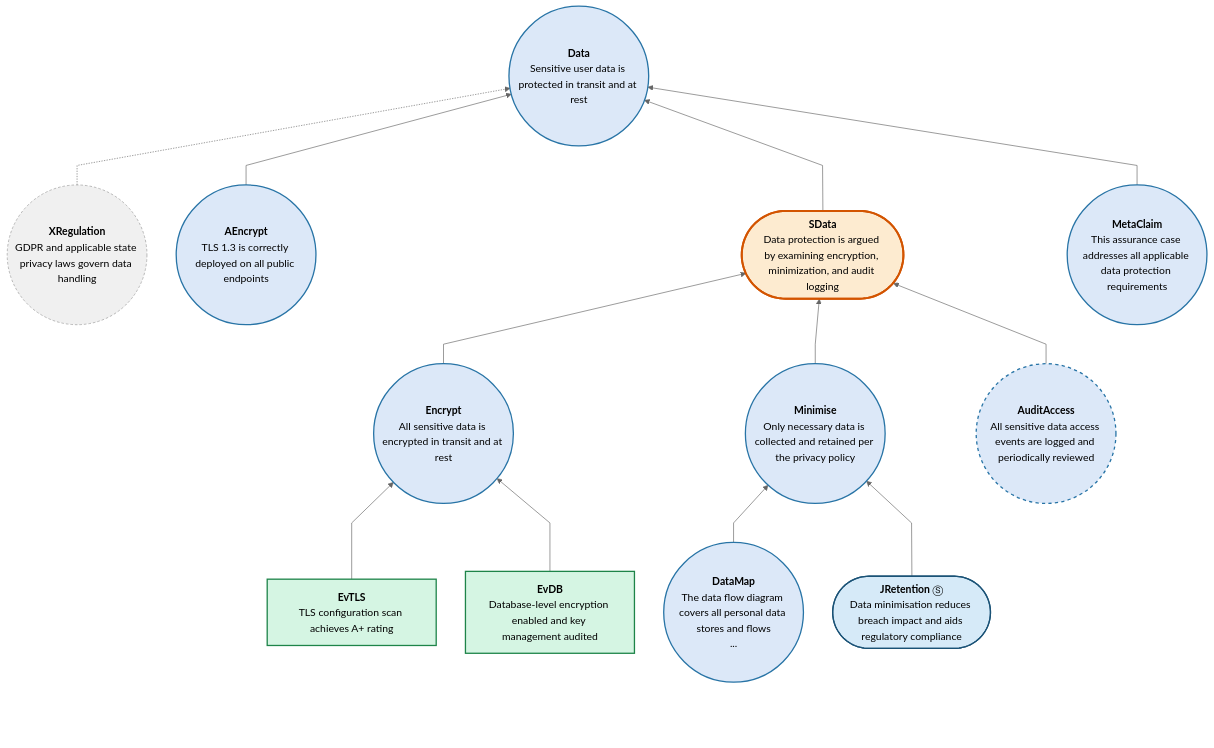
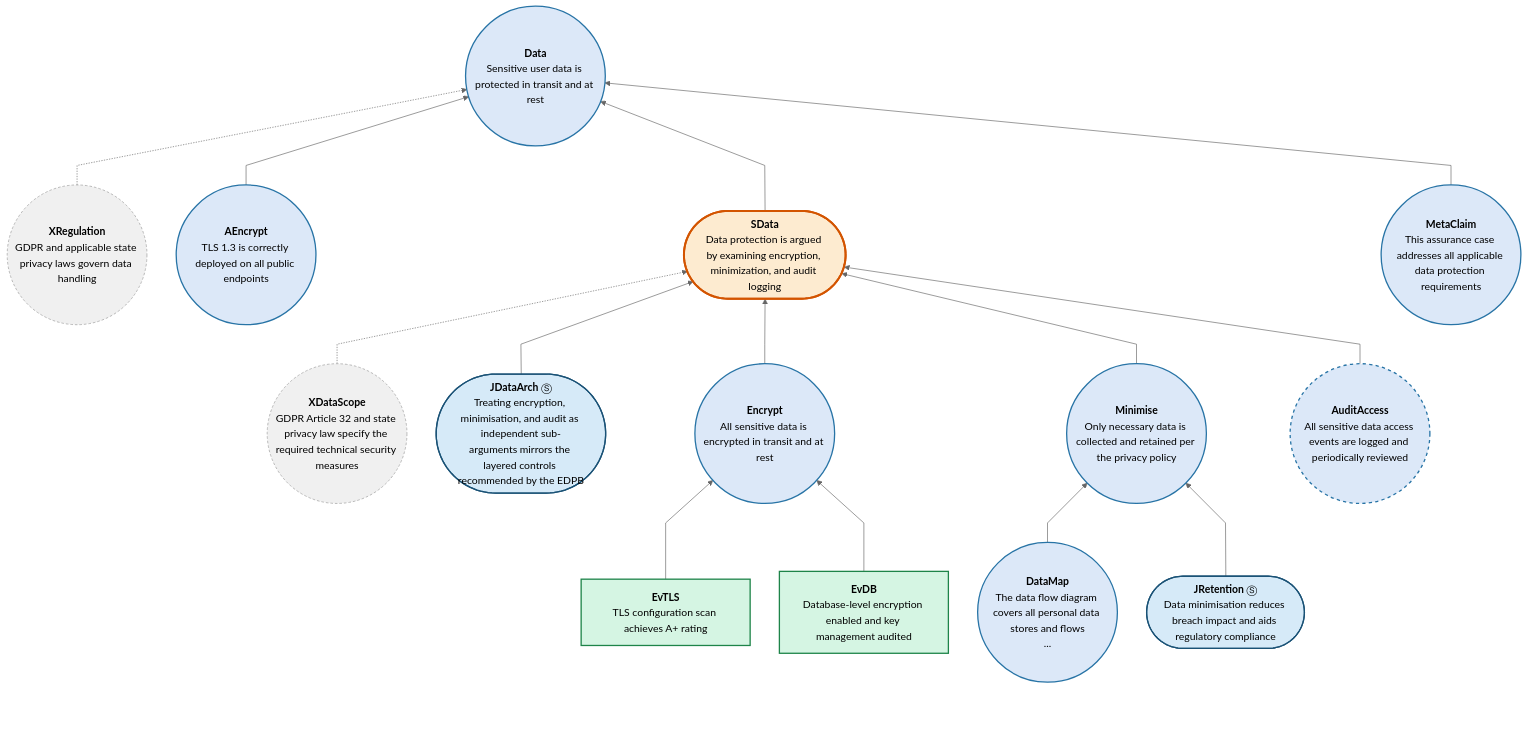
Diagram 11 of 12 in tests/fixtures/demo-output.expected.md (david-a-wheeler/caseproc), drawn with Mermaid before and after one commit. The commit also changed other lines of this file and 3 other files, not shown here.

First line of the commit message:
Add GSN side-by-side rendering for Strategy Context/Justification children

````diff
--- a/tests/fixtures/demo-output.expected.md
+++ b/tests/fixtures/demo-output.expected.md
@@ -541,68 +702,76 @@
 ```mermaid
 ---
 config:
   theme: neutral
   flowchart:
     curve: linear
     htmlLabels: true
     rankSpacing: 60
     nodeSpacing: 45
     padding: 15
 ---
 flowchart BT
     classDef invisible        opacity:0
     classDef connector        fill:none,stroke:#cccccc,stroke-width:1px
     classDef caeClaimClass    fill:#dce8f8,stroke:#2874a6,stroke-width:2px,color:#000
     classDef caeArgClass      fill:#fdebd0,stroke:#d35400,stroke-width:3px,color:#000
     classDef caeEvidClass     fill:#d5f5e3,stroke:#1e8449,stroke-width:2px,color:#000
     classDef caeInfoClass     fill:#f0f0f0,stroke:#999999,stroke-width:1px,stroke-dasharray:4 3,color:#000
     classDef caeAssumedClass  fill:#e8daef,stroke:#76448a,stroke-width:2px,stroke-dasharray:4 3,color:#000
     classDef caeSideClass     fill:#d6eaf8,stroke:#1a5276,stroke-width:2px,color:#000
     classDef caeDefeaterClass fill:#fadbd8,stroke:#c0392b,stroke-width:4px,color:#000
     classDef abstractClaim    stroke-width:2px,stroke-dasharray:5 5
     Data(("<b>Data</b><br>Sensitive user data is protected in transit and at rest")):::caeClaimClass
     XRegulation(("<b>XRegulation</b><br>GDPR and applicable state privacy laws govern data handling")):::caeInfoClass
     AEncrypt(("<b>AEncrypt</b><br>TLS 1.3 is correctly deployed on all public endpoints")):::caeClaimClass
     SData(["<b>SData</b><br>Data protection is argued by examining encryption, minimization, and audit logging"]):::caeArgClass
     MetaClaim(("<b>MetaClaim</b><br>This assurance case addresses all applicable data protection requirements")):::caeClaimClass
+    XDataScope(("<b>XDataScope</b><br>GDPR Article 32 and state privacy law specify the required technical security measures")):::caeInfoClass
+    JDataArch(["<b>JDataArch</b>&nbsp;Ⓢ<br>Treating encryption, minimisation, and audit as independent sub-arguments mirrors the layered controls recommended by the EDPB"]):::caeSideClass
     Encrypt(("<b>Encrypt</b><br>All sensitive data is encrypted in transit and at rest")):::caeClaimClass
     Minimise(("<b>Minimise</b><br>Only necessary data is collected and retained per the privacy policy")):::caeClaimClass
     AuditAccess(("<b>AuditAccess</b><br>All sensitive data access events are logged and periodically reviewed")):::caeClaimClass
     EvTLS["<b>EvTLS</b><br>TLS configuration scan achieves A+ rating"]:::caeEvidClass
     EvDB["<b>EvDB</b><br>Database-level encryption enabled and key management audited"]:::caeEvidClass
     DataMap(("<b>DataMap</b><br>The data flow diagram covers all personal data stores and flows<br>...")):::caeClaimClass
     JRetention(["<b>JRetention</b>&nbsp;Ⓢ<br>Data minimisation reduces breach impact and aids regulatory compliance"]):::caeSideClass
     class AuditAccess abstractClaim
     click Data "https://github.com/david-a-wheeler/verocase/blob/main/tests/fixtures/demo-output.expected.md#claim-data"
     click XRegulation "https://github.com/david-a-wheeler/verocase/blob/main/tests/fixtures/demo-output.expected.md#context-xregulation"
     click AEncrypt "https://github.com/david-a-wheeler/verocase/blob/main/tests/fixtures/demo-output.expected.md#claim-aencrypt"
     click SData "https://github.com/david-a-wheeler/verocase/blob/main/tests/fixtures/demo-output.expected.md#strategy-sdata"
     click MetaClaim "https://github.com/david-a-wheeler/verocase/blob/main/tests/fixtures/demo-output.expected.md#claim-metaclaim"
+    click XDataScope "https://github.com/david-a-wheeler/verocase/blob/main/tests/fixtures/demo-output.expected.md#context-xdatascope"
+    click JDataArch "https://github.com/david-a-wheeler/verocase/blob/main/tests/fixtures/demo-output.expected.md#justification-jdataarch"
     click Encrypt "https://github.com/david-a-wheeler/verocase/blob/main/tests/fixtures/demo-output.expected.md#claim-encrypt"
     click Minimise "https://github.com/david-a-wheeler/verocase/blob/main/tests/fixtures/demo-output.expected.md#claim-minimise"
     click AuditAccess "https://github.com/david-a-wheeler/verocase/blob/main/tests/fixtures/demo-output.expected.md#claim-auditaccess"
     click EvTLS "https://github.com/david-a-wheeler/verocase/blob/main/tests/fixtures/demo-output.expected.md#evidence-evtls"
     click EvDB "https://github.com/david-a-wheeler/verocase/blob/main/tests/fixtures/demo-output.expected.md#evidence-evdb"
     click DataMap "https://github.com/david-a-wheeler/verocase/blob/main/tests/fixtures/demo-output.expected.md#claim-datamap"
     click JRetention "https://github.com/david-a-wheeler/verocase/blob/main/tests/fixtures/demo-output.expected.md#justification-jretention"
 
     BottomPadding[ ]:::invisible ~~~ XRegulation
     BottomPadding ~~~ AEncrypt
     BottomPadding ~~~ MetaClaim
+    BottomPadding ~~~ XDataScope
+    BottomPadding ~~~ JDataArch
     BottomPadding ~~~ AuditAccess
     BottomPadding ~~~ EvTLS
     BottomPadding ~~~ EvDB
     BottomPadding ~~~ DataMap
     BottomPadding ~~~ JRetention
     XRegulation -.-> Data
     AEncrypt --> Data
+    XDataScope -.-> SData
+    JDataArch --> SData
     EvTLS --> Encrypt
     EvDB --> Encrypt
     Encrypt --> SData
     DataMap --> Minimise
     JRetention --> Minimise
     Minimise --> SData
     AuditAccess --> SData
     SData --> Data
     MetaClaim --> Data
 ```
````
